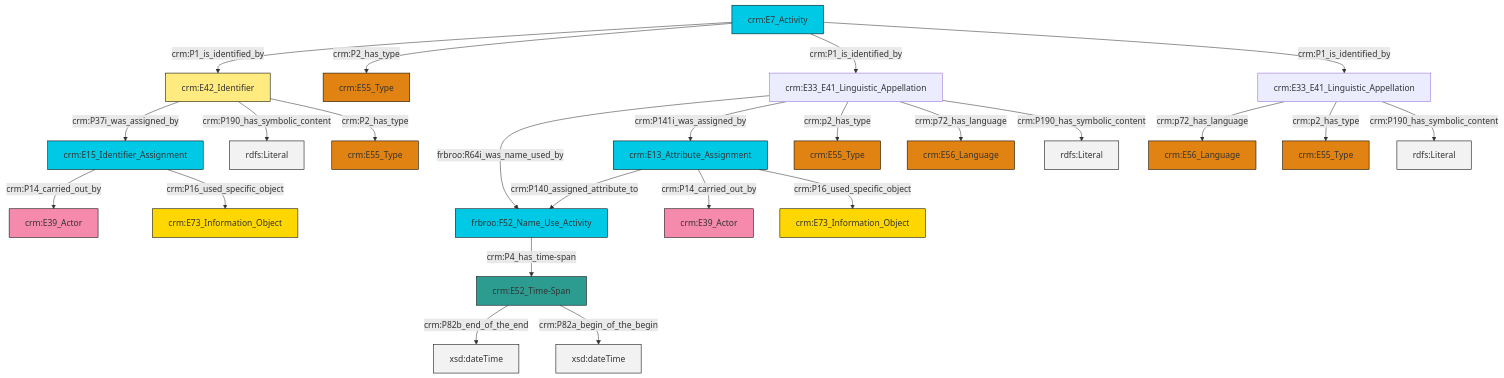
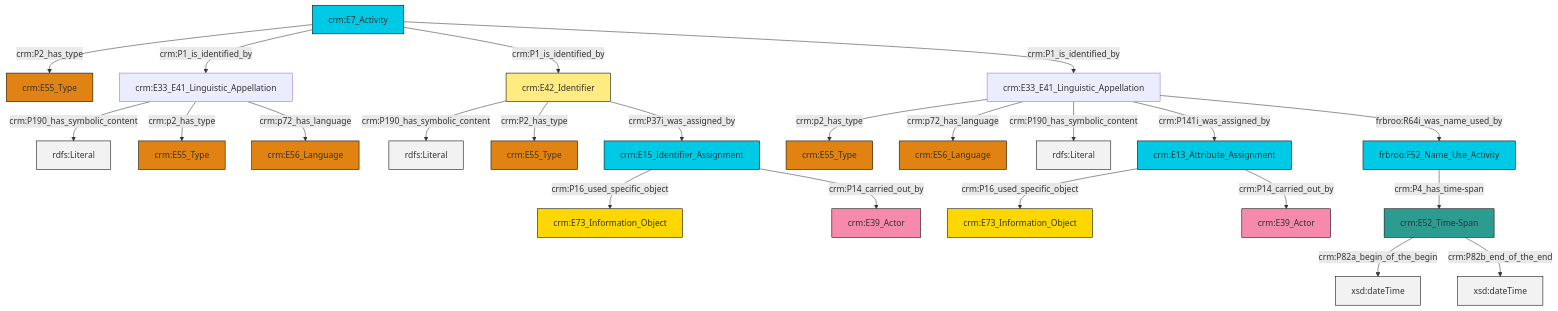
One commit to ncarboni/srdm changed the diagram in et/eventCSV/ttl/mmd/event_name.ttl.mmd. Above: the diagram before and after it, drawn with Mermaid. The commit also changed 395 other files, not shown here.

```diff
--- a/et/eventCSV/ttl/mmd/event_name.ttl.mmd
+++ b/et/eventCSV/ttl/mmd/event_name.ttl.mmd
@@ -1,38 +1,37 @@
 graph TD
 classDef Literal fill:#f2f2f2,stroke:#000000;
 classDef CRM_Entity fill:#FFFFFF,stroke:#000000;
 classDef Temporal_Entity fill:#00C9E6, stroke:#000000;
 classDef Type fill:#E18312, stroke:#000000;
 classDef Time-Span fill:#2C9C91, stroke:#000000;
 classDef Appellation fill:#FFEB7F, stroke:#000000;
 classDef Place fill:#008836, stroke:#000000;
 classDef Persistent_Item fill:#B266B2, stroke:#000000;
 classDef Conceptual_Object fill:#FFD700, stroke:#000000;
 classDef Physical_Thing fill:#D2B48C, stroke:#000000;
 classDef Actor fill:#f58aad, stroke:#000000;
 classDef PC_Classes fill:#4ce600, stroke:#000000;
 classDef Multi fill:#cccccc,stroke:#000000;
 
-2["crm:E7_Activity"]:::Temporal_Entity -->|crm:P1_is_identified_by| 0["crm:E42_Identifier"]:::Appellation
-3["crm:E33_E41_Linguistic_Appellation"]:::Default -->|crm:p72_has_language| 4["crm:E56_Language"]:::Type
-5["crm:E33_E41_Linguistic_Appellation"]:::Default -->|frbroo:R64i_was_name_used_by| 6["frbroo:F52_Name_Use_Activity"]:::Temporal_Entity
-5["crm:E33_E41_Linguistic_Appellation"]:::Default -->|crm:P141i_was_assigned_by| 11["crm:E13_Attribute_Assignment"]:::Temporal_Entity
-11["crm:E13_Attribute_Assignment"]:::Temporal_Entity -->|crm:P140_assigned_attribute_to| 6["frbroo:F52_Name_Use_Activity"]:::Temporal_Entity
-2["crm:E7_Activity"]:::Temporal_Entity -->|crm:P2_has_type| 15["crm:E55_Type"]:::Type
-7["crm:E52_Time-Span"]:::Time-Span -->|crm:P82b_end_of_the_end| 16[xsd:dateTime]:::Literal
-19["crm:E15_Identifier_Assignment"]:::Temporal_Entity -->|crm:P14_carried_out_by| 20["crm:E39_Actor"]:::Actor
-5["crm:E33_E41_Linguistic_Appellation"]:::Default -->|crm:p2_has_type| 24["crm:E55_Type"]:::Type
-6["frbroo:F52_Name_Use_Activity"]:::Temporal_Entity -->|crm:P4_has_time-span| 7["crm:E52_Time-Span"]:::Time-Span
-19["crm:E15_Identifier_Assignment"]:::Temporal_Entity -->|crm:P16_used_specific_object| 25["crm:E73_Information_Object"]:::Conceptual_Object
-0["crm:E42_Identifier"]:::Appellation -->|crm:P37i_was_assigned_by| 19["crm:E15_Identifier_Assignment"]:::Temporal_Entity
-2["crm:E7_Activity"]:::Temporal_Entity -->|crm:P1_is_identified_by| 5["crm:E33_E41_Linguistic_Appellation"]:::Default
-7["crm:E52_Time-Span"]:::Time-Span -->|crm:P82a_begin_of_the_begin| 29[xsd:dateTime]:::Literal
-11["crm:E13_Attribute_Assignment"]:::Temporal_Entity -->|crm:P14_carried_out_by| 33["crm:E39_Actor"]:::Actor
-3["crm:E33_E41_Linguistic_Appellation"]:::Default -->|crm:p2_has_type| 17["crm:E55_Type"]:::Type
-0["crm:E42_Identifier"]:::Appellation -->|crm:P190_has_symbolic_content| 36[rdfs:Literal]:::Literal
-3["crm:E33_E41_Linguistic_Appellation"]:::Default -->|crm:P190_has_symbolic_content| 38[rdfs:Literal]:::Literal
-2["crm:E7_Activity"]:::Temporal_Entity -->|crm:P1_is_identified_by| 3["crm:E33_E41_Linguistic_Appellation"]:::Default
-0["crm:E42_Identifier"]:::Appellation -->|crm:P2_has_type| 13["crm:E55_Type"]:::Type
-11["crm:E13_Attribute_Assignment"]:::Temporal_Entity -->|crm:P16_used_specific_object| 22["crm:E73_Information_Object"]:::Conceptual_Object
-5["crm:E33_E41_Linguistic_Appellation"]:::Default -->|crm:p72_has_language| 9["crm:E56_Language"]:::Type
-5["crm:E33_E41_Linguistic_Appellation"]:::Default -->|crm:P190_has_symbolic_content| 40[rdfs:Literal]:::Literal
+0["crm:E7_Activity"]:::Temporal_Entity -->|crm:P2_has_type| 1["crm:E55_Type"]:::Type
+0["crm:E7_Activity"]:::Temporal_Entity -->|crm:P1_is_identified_by| 2["crm:E33_E41_Linguistic_Appellation"]:::Default
+4["crm:E33_E41_Linguistic_Appellation"]:::Default -->|crm:p2_has_type| 5["crm:E55_Type"]:::Type
+2["crm:E33_E41_Linguistic_Appellation"]:::Default -->|crm:P190_has_symbolic_content| 6[rdfs:Literal]:::Literal
+2["crm:E33_E41_Linguistic_Appellation"]:::Default -->|crm:p2_has_type| 7["crm:E55_Type"]:::Type
+8["crm:E15_Identifier_Assignment"]:::Temporal_Entity -->|crm:P16_used_specific_object| 9["crm:E73_Information_Object"]:::Conceptual_Object
+0["crm:E7_Activity"]:::Temporal_Entity -->|crm:P1_is_identified_by| 10["crm:E42_Identifier"]:::Appellation
+11["crm:E13_Attribute_Assignment"]:::Temporal_Entity -->|crm:P16_used_specific_object| 12["crm:E73_Information_Object"]:::Conceptual_Object
+4["crm:E33_E41_Linguistic_Appellation"]:::Default -->|crm:p72_has_language| 14["crm:E56_Language"]:::Type
+4["crm:E33_E41_Linguistic_Appellation"]:::Default -->|crm:P190_has_symbolic_content| 15[rdfs:Literal]:::Literal
+10["crm:E42_Identifier"]:::Appellation -->|crm:P190_has_symbolic_content| 17[rdfs:Literal]:::Literal
+4["crm:E33_E41_Linguistic_Appellation"]:::Default -->|crm:P141i_was_assigned_by| 11["crm:E13_Attribute_Assignment"]:::Temporal_Entity
+10["crm:E42_Identifier"]:::Appellation -->|crm:P2_has_type| 18["crm:E55_Type"]:::Type
+11["crm:E13_Attribute_Assignment"]:::Temporal_Entity -->|crm:P14_carried_out_by| 22["crm:E39_Actor"]:::Actor
+4["crm:E33_E41_Linguistic_Appellation"]:::Default -->|frbroo:R64i_was_name_used_by| 20["frbroo:F52_Name_Use_Activity"]:::Temporal_Entity
+23["crm:E52_Time-Span"]:::Time-Span -->|crm:P82a_begin_of_the_begin| 24[xsd:dateTime]:::Literal
+23["crm:E52_Time-Span"]:::Time-Span -->|crm:P82b_end_of_the_end| 25[xsd:dateTime]:::Literal
+8["crm:E15_Identifier_Assignment"]:::Temporal_Entity -->|crm:P14_carried_out_by| 29["crm:E39_Actor"]:::Actor
+2["crm:E33_E41_Linguistic_Appellation"]:::Default -->|crm:p72_has_language| 31["crm:E56_Language"]:::Type
+20["frbroo:F52_Name_Use_Activity"]:::Temporal_Entity -->|crm:P4_has_time-span| 23["crm:E52_Time-Span"]:::Time-Span
+0["crm:E7_Activity"]:::Temporal_Entity -->|crm:P1_is_identified_by| 4["crm:E33_E41_Linguistic_Appellation"]:::Default
+10["crm:E42_Identifier"]:::Appellation -->|crm:P37i_was_assigned_by| 8["crm:E15_Identifier_Assignment"]:::Temporal_Entity
```
